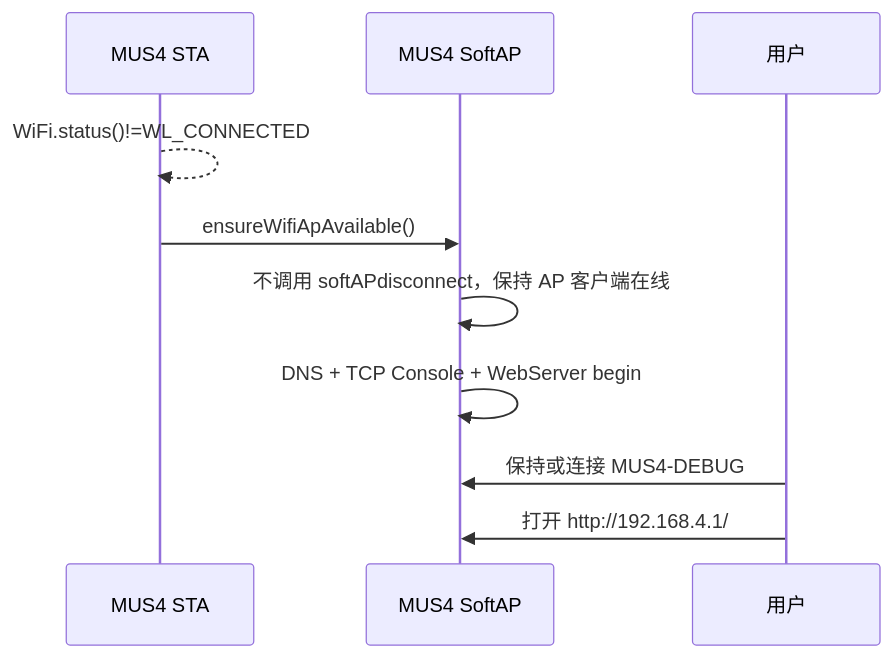
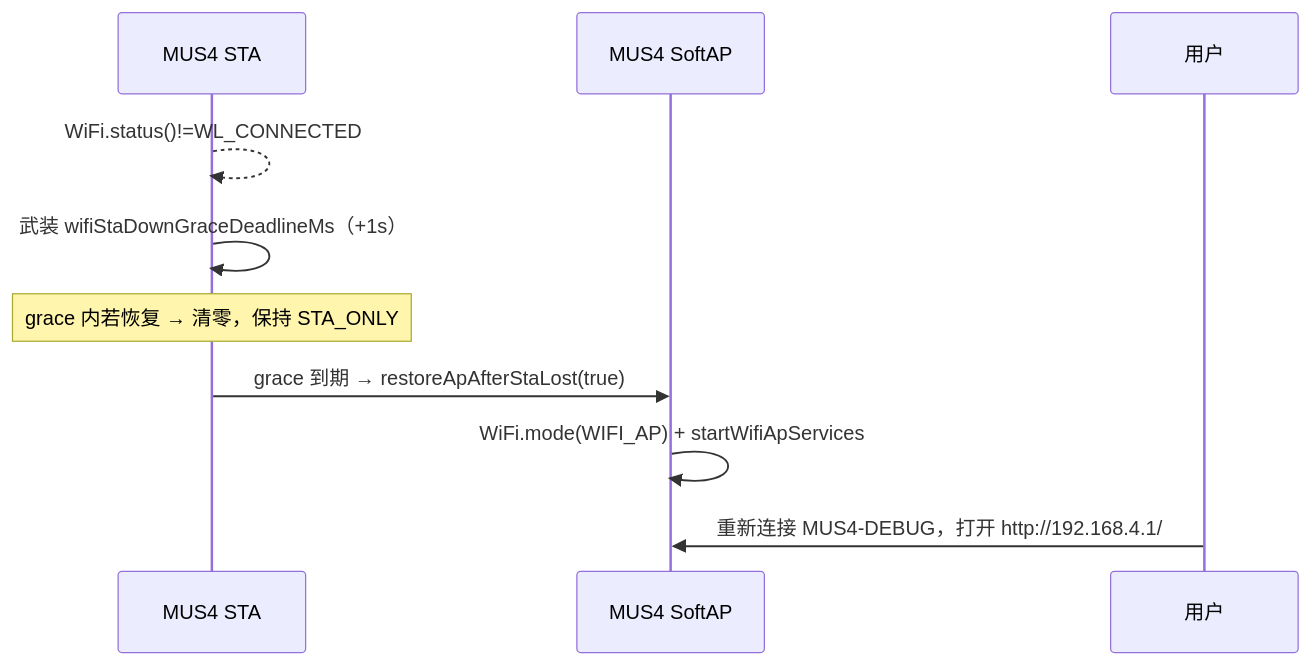
Before and after one commit to DonkeyDrift/Firmware: the fifth of 5 diagrams in MUS4_FW/docs/Inspect/wifi-ap-sta-lifecycle-inspection.md, drawn with Mermaid. The commit also changed other lines of this file and 10 other files, not shown here.

````diff
--- a/MUS4_FW/docs/Inspect/wifi-ap-sta-lifecycle-inspection.md
+++ b/MUS4_FW/docs/Inspect/wifi-ap-sta-lifecycle-inspection.md
@@ -514,13 +322,13 @@
 ```mermaid
 sequenceDiagram
     participant STA as MUS4 STA
     participant AP as MUS4 SoftAP
     participant U as 用户
 
     STA-->>STA: WiFi.status()!=WL_CONNECTED
-    STA->>AP: ensureWifiApAvailable()
-    AP->>AP: 不调用 softAPdisconnect，保持 AP 客户端在线
-    AP->>AP: DNS + TCP Console + WebServer begin
-    U->>AP: 保持或连接 MUS4-DEBUG
-    U->>AP: 打开 http://192.168.4.1/
+    STA->>STA: 武装 wifiStaDownGraceDeadlineMs（+1s）
+    Note over STA: grace 内若恢复 → 清零，保持 STA_ONLY
+    STA->>AP: grace 到期 → restoreApAfterStaLost(true)
+    AP->>AP: WiFi.mode(WIFI_AP) + startWifiApServices
+    U->>AP: 重新连接 MUS4-DEBUG，打开 http://192.168.4.1/
 ```
````
